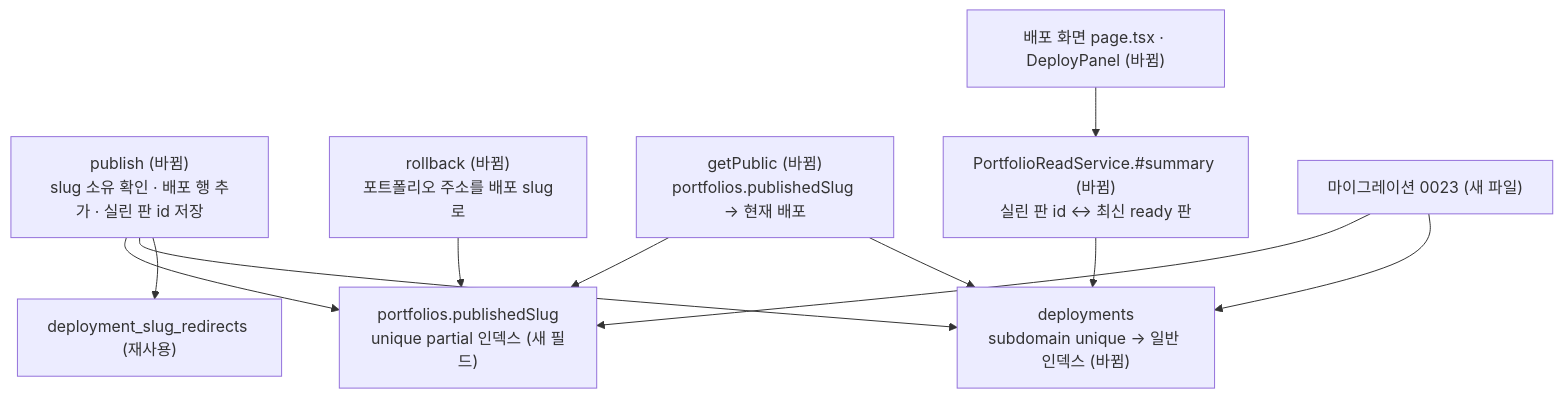
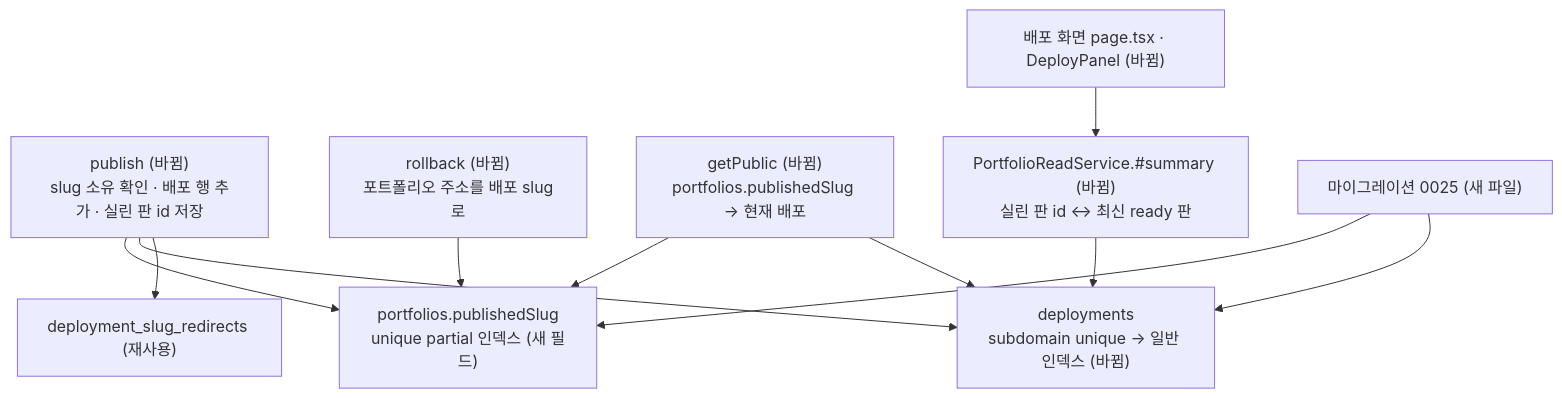
One commit to Expresso-Organization/expresso changed the diagram in .intent/spec_publishing-redeploy.md. Above: the diagram before and after it, drawn with Mermaid. The commit also changed other lines of this file and 9 other files, not shown here.

````diff
--- a/.intent/spec_publishing-redeploy.md
+++ b/.intent/spec_publishing-redeploy.md
@@ -25,22 +25,22 @@
 ```mermaid
 flowchart TD
   P["publish (바뀜)<br/>slug 소유 확인 · 배포 행 추가 · 실린 판 id 저장"]
   R["rollback (바뀜)<br/>포트폴리오 주소를 배포 slug로"]
   G["getPublic (바뀜)<br/>portfolios.publishedSlug → 현재 배포"]
   PF["portfolios.publishedSlug<br/>unique partial 인덱스 (새 필드)"]
   D["deployments<br/>subdomain unique → 일반 인덱스 (바뀜)"]
   S["PortfolioReadService.#summary (바뀜)<br/>실린 판 id ↔ 최신 ready 판"]
-  M["마이그레이션 0023 (새 파일)"]
+  M["마이그레이션 0025 (새 파일)"]
   W["배포 화면 page.tsx · DeployPanel (바뀜)"]
   RD["deployment_slug_redirects (재사용)"]
   P --> PF
   P --> D
   P --> RD
   R --> PF
   G --> PF
   G --> D
   S --> D
   M --> PF
   M --> D
   W --> S
 ```
````
